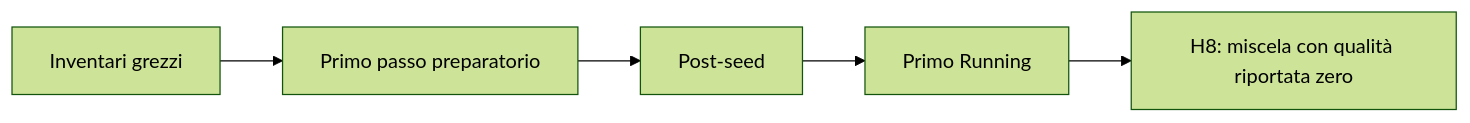
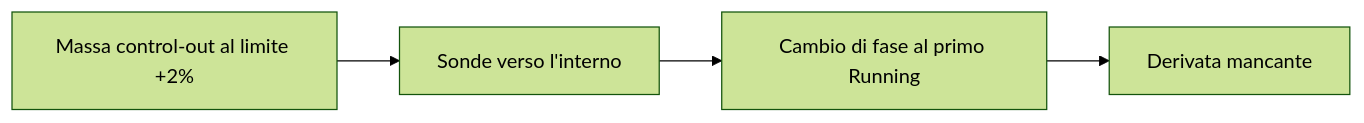
One commit to archistico/NuclearReactorSimulator changed the diagram in docs/PROJECT.md. Above: the diagram before and after it, drawn with Mermaid (forest theme). The commit also changed other lines of this file and 48 other files, not shown here.

````diff
--- a/docs/PROJECT.md
+++ b/docs/PROJECT.md
@@ -36,7 +28,6 @@
 ```mermaid
 flowchart LR
-    A["Inventari grezzi"] --> B["Primo passo preparatorio"]
-    B --> C["Post-seed"]
-    C --> D["Primo Running"]
-    D --> E["H8: miscela con qualità riportata zero"]
+    A["Massa control-out al limite +2%"] --> B["Sonde verso l'interno"]
+    B --> C["Cambio di fase al primo Running"]
+    C --> D["Derivata mancante"]
 ```
````
